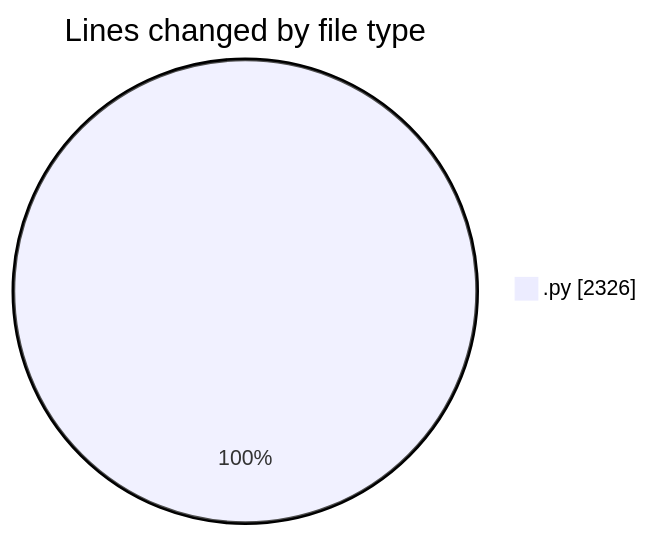
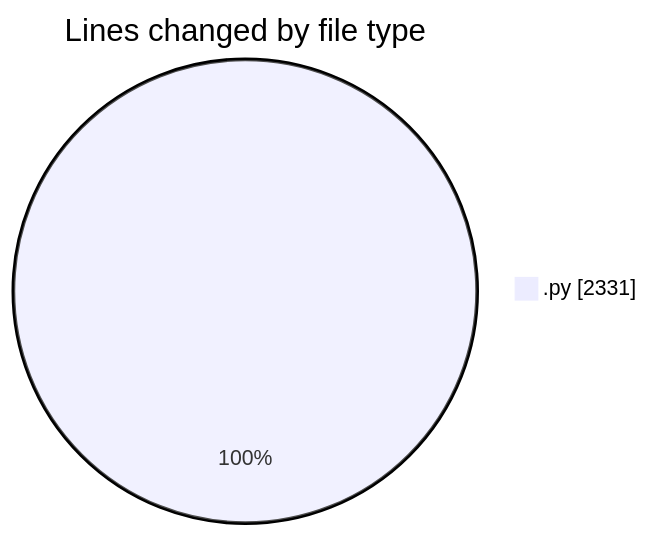
Before and after one commit to julien-gomy/code-tracking: the first of 2 diagrams in 2025-11-23/eventscop-api-guide__workspace_/README.md, drawn with Mermaid. The commit also changed other lines of this file and 1 other file, not shown here.

````diff
--- a/2025-11-23/eventscop-api-guide__workspace_/README.md
+++ b/2025-11-23/eventscop-api-guide__workspace_/README.md
@@ -31,5 +31,5 @@
 ```mermaid
 pie showData
 title Lines changed by file type
-".py" : 2326
+".py" : 2331
 ```
````
